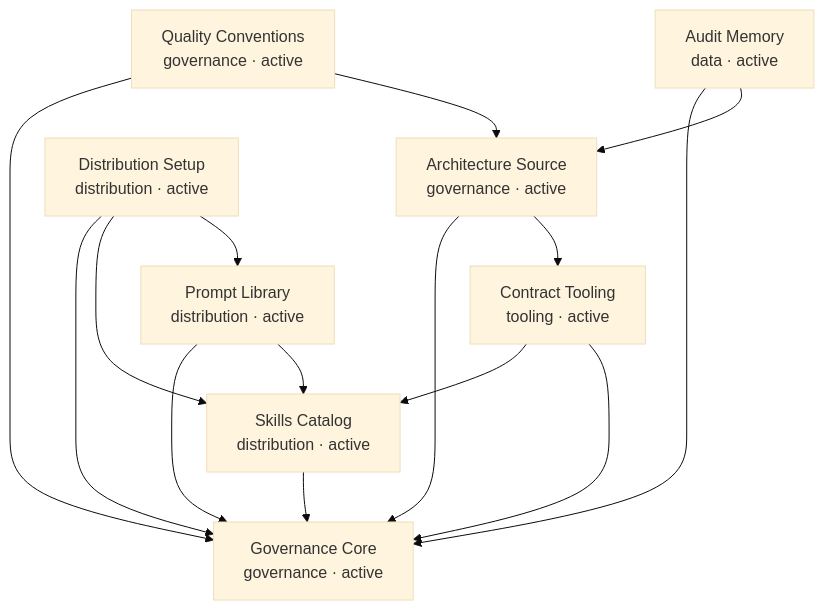
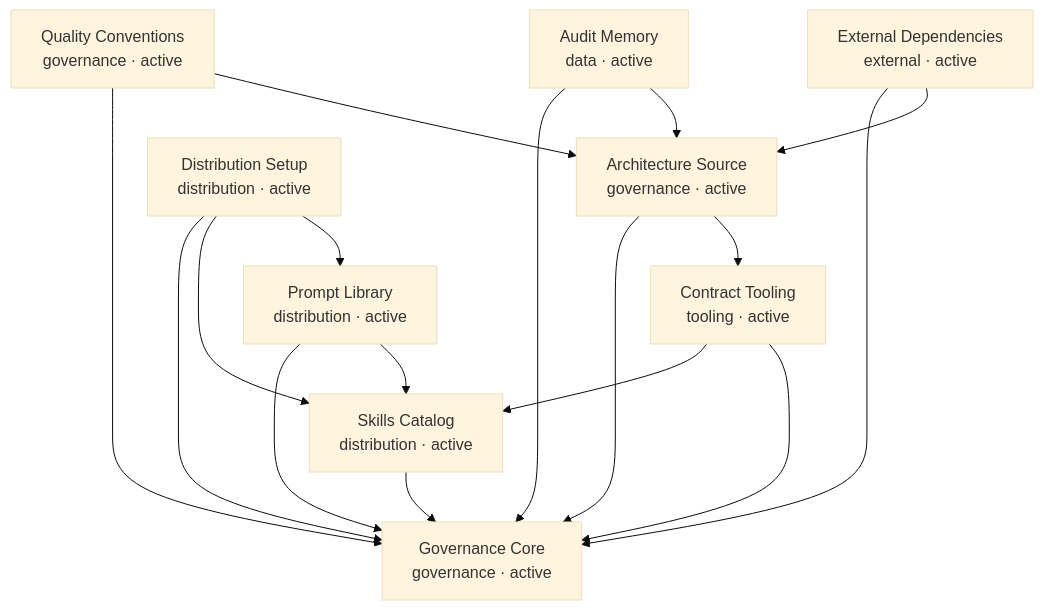
One commit to Bricesodini/vibebackbone changed the diagram in docs/RELATIONS.md. Above: the diagram before and after it, drawn with Mermaid (base theme). The commit also changed other lines of this file and 5 other files, not shown here.

````diff
--- a/docs/RELATIONS.md
+++ b/docs/RELATIONS.md
@@ -15,25 +15,28 @@
 ```mermaid
 graph TD
   governance-core["Governance Core<br/>governance · active"]
   skills-catalog["Skills Catalog<br/>distribution · active"]
   prompt-library["Prompt Library<br/>distribution · active"]
   contract-tooling["Contract Tooling<br/>tooling · active"]
   architecture-source["Architecture Source<br/>governance · active"]
   distribution-setup["Distribution Setup<br/>distribution · active"]
   quality-conventions["Quality Conventions<br/>governance · active"]
   audit-memory["Audit Memory<br/>data · active"]
+  external-dependencies["External Dependencies<br/>external · active"]
   skills-catalog --> governance-core
   prompt-library --> governance-core
   prompt-library --> skills-catalog
   contract-tooling --> skills-catalog
   contract-tooling --> governance-core
   architecture-source --> governance-core
   architecture-source --> contract-tooling
   distribution-setup --> governance-core
   distribution-setup --> skills-catalog
   distribution-setup --> prompt-library
   quality-conventions --> governance-core
   quality-conventions --> architecture-source
   audit-memory --> governance-core
   audit-memory --> architecture-source
+  external-dependencies --> governance-core
+  external-dependencies --> architecture-source
 ```
````
